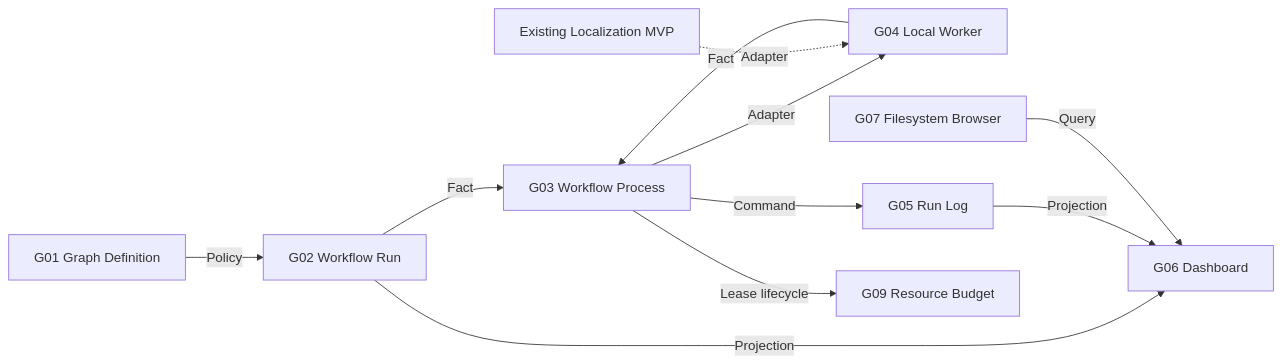
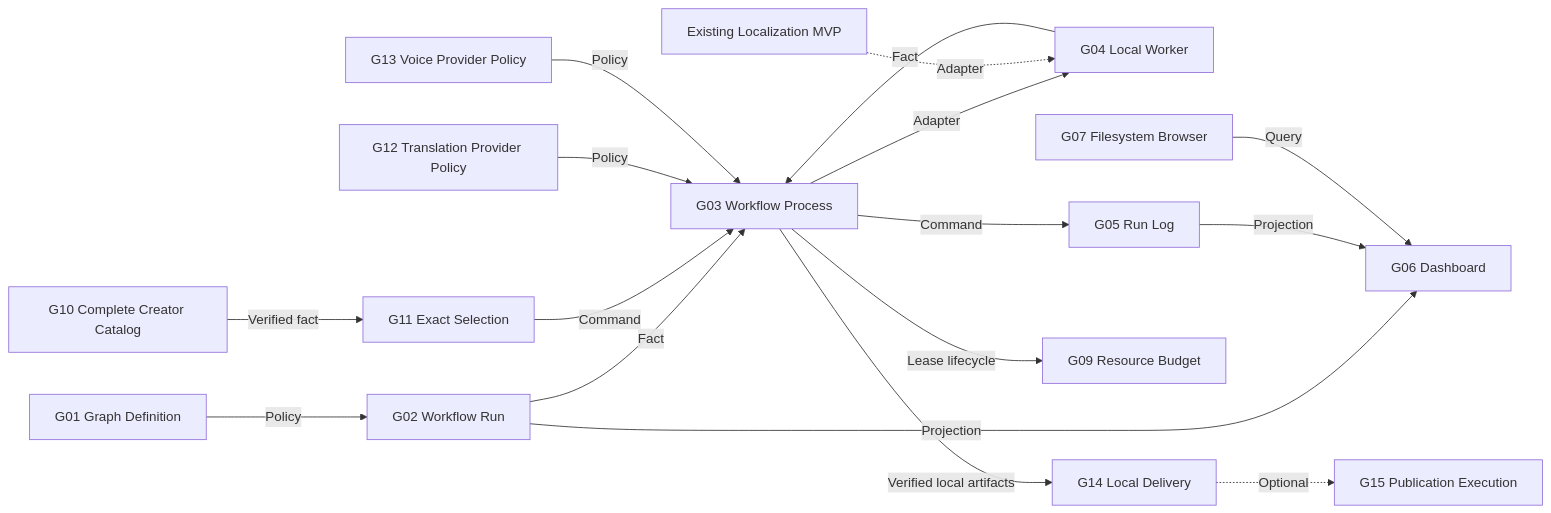
One commit to wohuishuo/cc-video-pipeline changed the diagram in docs/project/evidence/video-graph-studio/capability-dag.md. Above: the diagram before and after it, drawn with Mermaid. The commit also changed other lines of this file and 35 other files, not shown here.

First line of the commit message:
feat: deliver the local-first creator workflow (#28)

````diff
--- a/docs/project/evidence/video-graph-studio/capability-dag.md
+++ b/docs/project/evidence/video-graph-studio/capability-dag.md
@@ -3,13 +3,19 @@
 ```mermaid
 flowchart LR
     G["G01 Graph Definition"] -->|Policy| R["G02 Workflow Run"]
     R -->|Fact| P["G03 Workflow Process"]
     P -->|Adapter| W["G04 Local Worker"]
     W -->|Fact| P
     P -->|Command| L["G05 Run Log"]
     R -->|Projection| D["G06 Dashboard"]
     L -->|Projection| D
     F["G07 Filesystem Browser"] -->|Query| D
     E["Existing Localization MVP"] -. Adapter .-> W
     P -->|Lease lifecycle| B["G09 Resource Budget"]
+    C["G10 Complete Creator Catalog"] -->|Verified fact| S["G11 Exact Selection"]
+    S -->|Command| P
+    T["G12 Translation Provider Policy"] -->|Policy| P
+    V["G13 Voice Provider Policy"] -->|Policy| P
+    P -->|Verified local artifacts| O["G14 Local Delivery"]
+    O -. Optional .-> U["G15 Publication Execution"]
 ```
````
